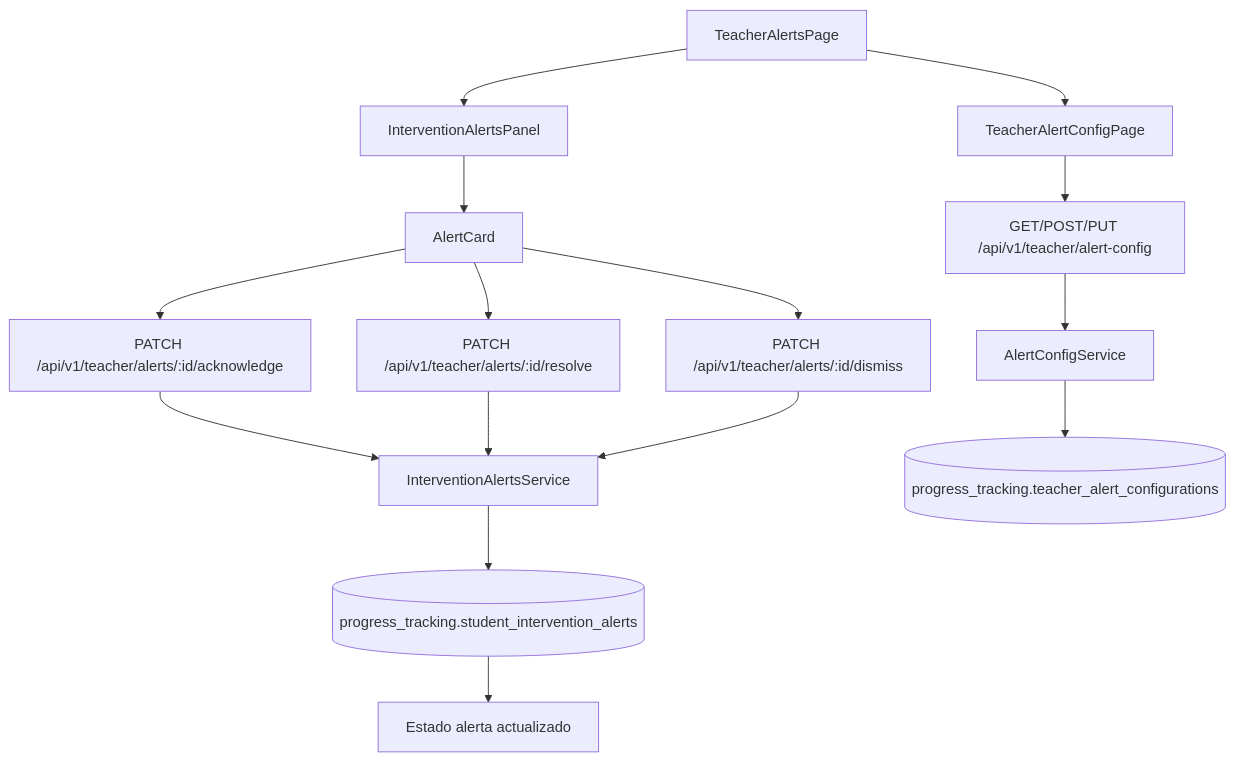
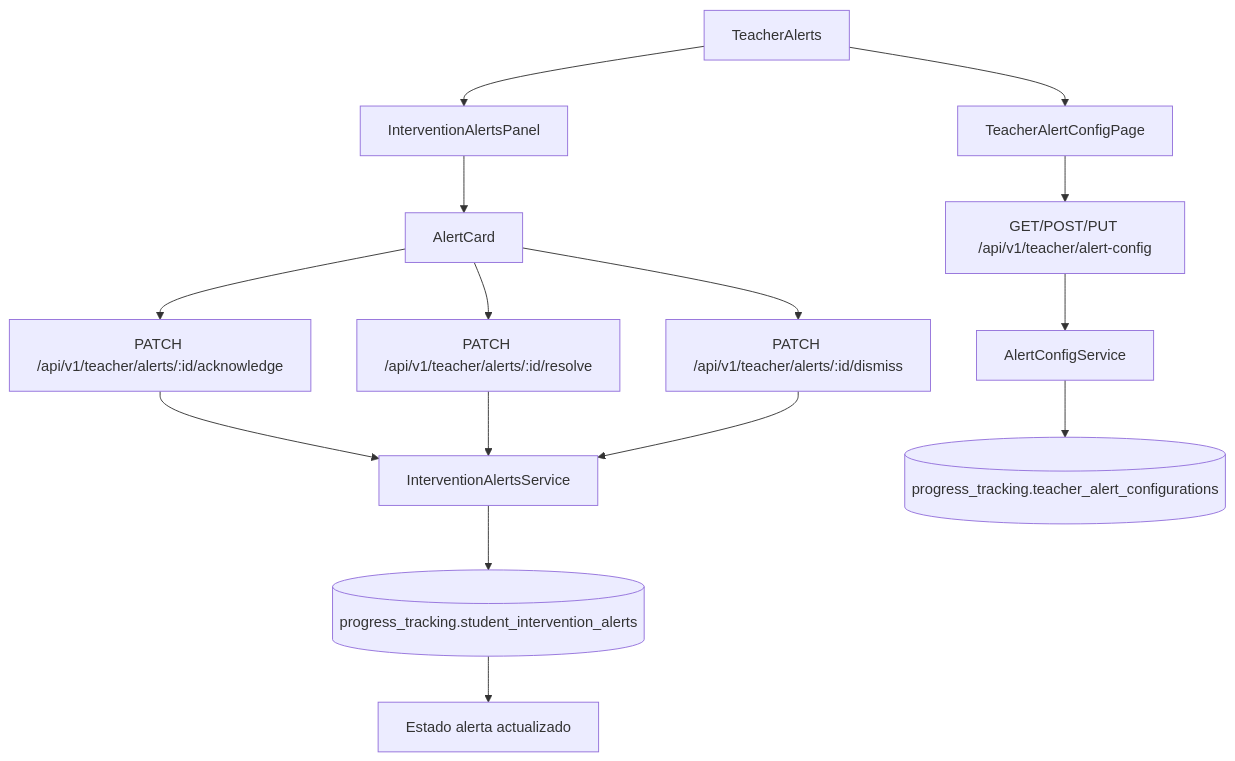
The diagram in docs/30-ux-ui/flujos/teacher/FLUJO-MONITOREO-ALERTAS.md (rckrdmrd/gamilit-workspace), drawn with Mermaid before and after one commit. The commit also changed other lines of this file and 638 other files, not shown here.

````diff
--- a/docs/30-ux-ui/flujos/teacher/FLUJO-MONITOREO-ALERTAS.md
+++ b/docs/30-ux-ui/flujos/teacher/FLUJO-MONITOREO-ALERTAS.md
@@ -25,17 +25,17 @@
 ```mermaid
 flowchart TD
-    page[TeacherAlertsPage] --> panel[InterventionAlertsPanel]
+    page[TeacherAlerts] --> panel[InterventionAlertsPanel]
     panel --> card[AlertCard]
     card --> ack[PATCH /api/v1/teacher/alerts/:id/acknowledge]
     card --> resolve[PATCH /api/v1/teacher/alerts/:id/resolve]
     card --> dismiss[PATCH /api/v1/teacher/alerts/:id/dismiss]
     ack --> service[InterventionAlertsService]
     resolve --> service
     dismiss --> service
     service --> db[(progress_tracking.student_intervention_alerts)]
     db --> ui[Estado alerta actualizado]
     page --> configPage[TeacherAlertConfigPage]
     configPage --> configApi[GET/POST/PUT /api/v1/teacher/alert-config]
     configApi --> configService[AlertConfigService]
     configService --> configDb[(progress_tracking.teacher_alert_configurations)]
 ```
````
